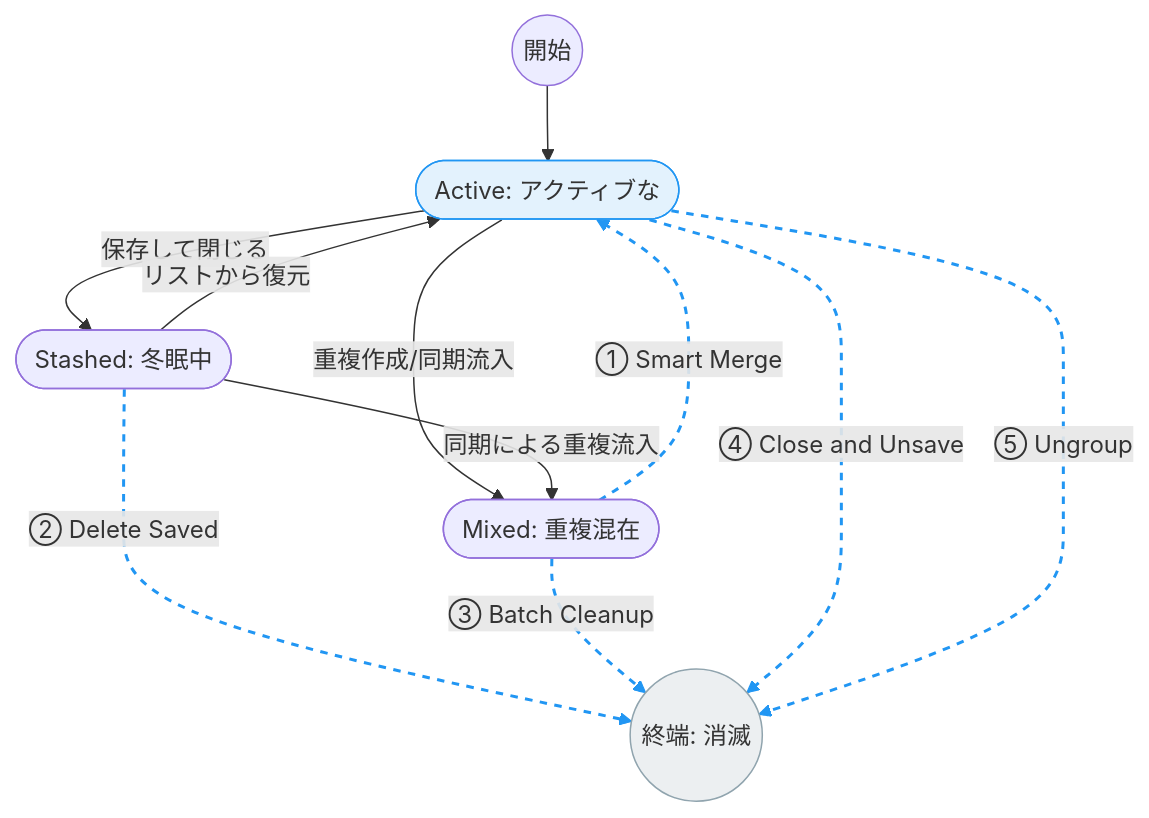
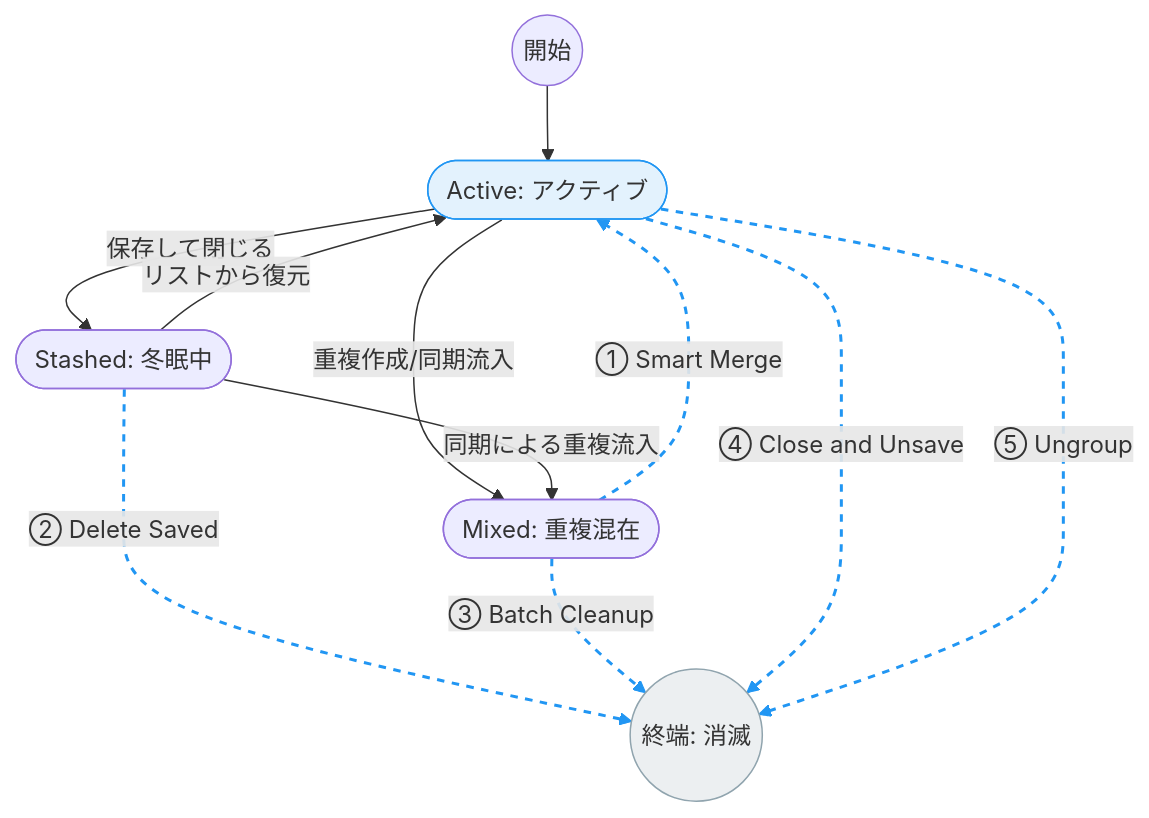
The diagram in docs/functional_spec.md (masanori-satake/TidyGroup-Solo), drawn with Mermaid before and after one commit. The commit also changed other lines of this file and 2 other files, not shown here.

Commit message:
feat: improve version detection and correct terminology
- Enhanced `scripts/check_version_bump.py` to robustly detect missing version bumps by comparing `projects/app/` changes against the `main` branch.
- Replaced "実況中" with "アクティブ" and "実況中の" with "アクティブな" throughout the UI and documentation.
- Unified terminology to use "タブグループ" instead of just "グループ" for clarity.
- Verified that all terminology replacements are contextually appropriate and that quality checks pass.
- Intentionally kept the version at 0.2.0 to demonstrate the improved detection logic in the modified state.

````diff
--- a/docs/functional_spec.md
+++ b/docs/functional_spec.md
@@ -33,27 +33,27 @@
 ```mermaid
 graph TD
     %% 状態の定義
-    Active([Active: アクティブな])
+    Active([Active: アクティブ])
     Stashed([Stashed: 冬眠中])
     Mixed([Mixed: 重複混在])
     End((終端: 消滅))
 
     %% ユーザーの日常操作（実線）
     Start((開始)) --> Active
     Active -->|保存して閉じる| Stashed
     Stashed -->|リストから復元| Active
     Active -->|重複作成/同期流入| Mixed
     Stashed -->|同期による重複流入| Mixed
 
     %% TidyGroup-Soloのアシスト（青・点線）
     Mixed -.->|① Smart Merge| Active
     Stashed -.->|② Delete Saved| End
     Mixed -.->|③ Batch Cleanup| End
     Active -.->|④ Close and Unsave| End
     Active -.->|⑤ Ungroup| End
 
     %% スタイル
     linkStyle 5,6,7,8,9 stroke:#2196F3,stroke-width:2px,stroke-dasharray: 5 5
     style Active fill:#e3f2fd,stroke:#2196F3
     style End fill:#eceff1,stroke:#90a4ae
 ```
````
